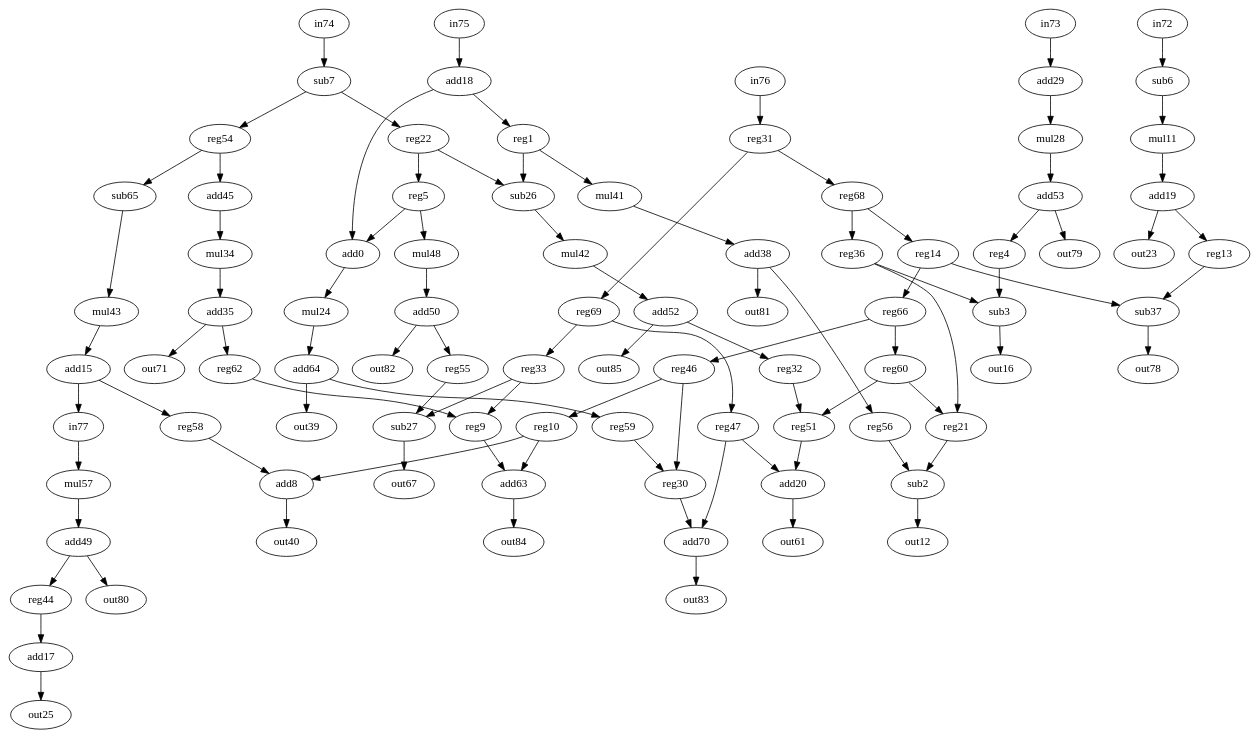
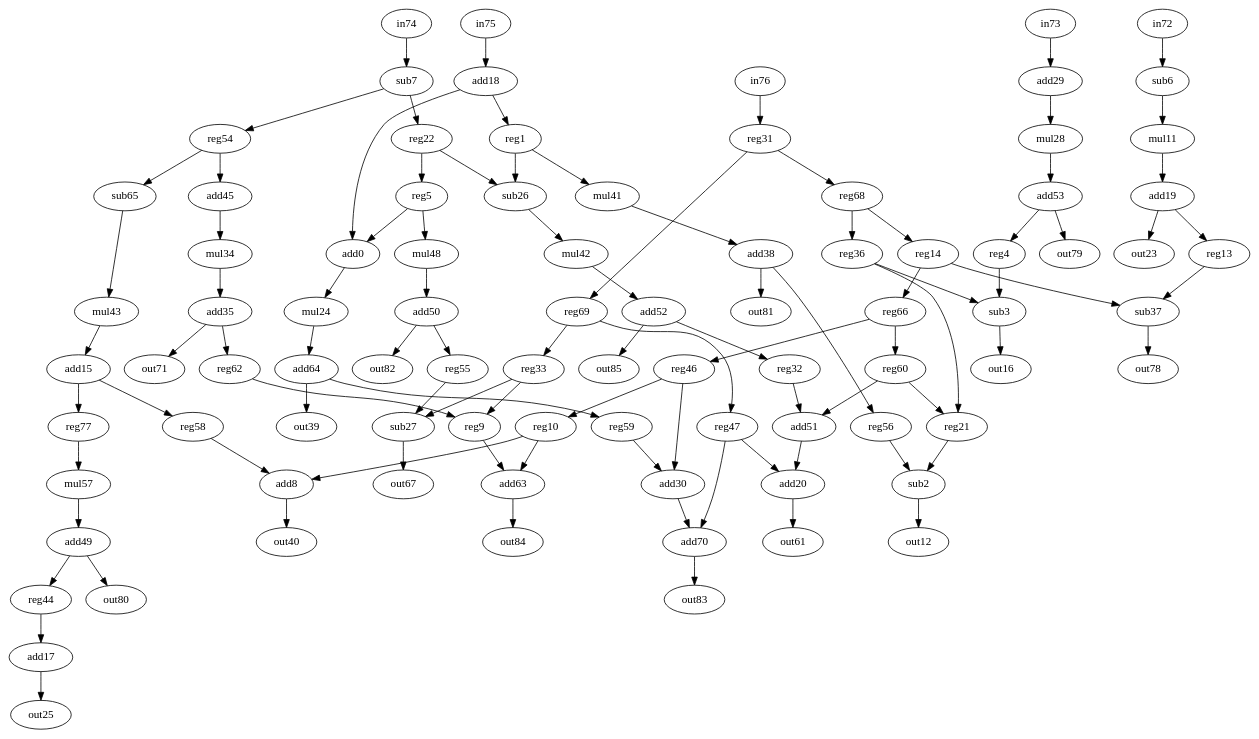
Before and after one commit to jeronimopenha/traversal_project: the diagram in bench/test_bench/sincrono/collapse_pyr.dot, drawn with Graphviz. The commit also changed 5 other files, not shown here.

```diff
--- a/bench/test_bench/sincrono/collapse_pyr.dot
+++ b/bench/test_bench/sincrono/collapse_pyr.dot
@@ -1,183 +1,183 @@
 digraph "collapse_pyr" {
 0 [label=add0, op=add];
 1 [label=reg1, op=reg];
 2 [label=sub2, op=sub];
 3 [label=sub3, op=sub];
 4 [label=reg4, op=reg];
 5 [label=reg5, op=reg];
 6 [label=sub6, op=subi, value=2];
 7 [label=sub7, op=subi, value=2];
 8 [label=add8, op=add];
 9 [label=reg9, op=reg];
 10 [label=reg10, op=reg];
 11 [label=mul11, op=muli, value=2];
 12 [label=out12, op=out];
 13 [label=reg13, op=reg];
 14 [label=reg14, op=reg];
 15 [label=add15, op=addi, value=2];
 16 [label=out16, op=out];
 17 [label=add17, op=addi, value=2];
 18 [label=add18, op=addi, value=2];
 19 [label=add19, op=addi, value=2];
 20 [label=add20, op=add];
 21 [label=reg21, op=reg];
 22 [label=reg22, op=reg];
 23 [label=out23, op=out];
 24 [label=mul24, op=muli, value=2];
 25 [label=out25, op=out];
 26 [label=sub26, op=sub];
 27 [label=sub27, op=sub];
 28 [label=mul28, op=muli, value=2];
 29 [label=add29, op=addi, value=2];
-30 [label=reg30, op=reg];
+30 [label=add30, op=add];
 31 [label=reg31, op=reg];
 32 [label=reg32, op=reg];
 33 [label=reg33, op=reg];
 34 [label=mul34, op=muli, value=2];
 35 [label=add35, op=addi, value=2];
 36 [label=reg36, op=reg];
 37 [label=sub37, op=sub];
 38 [label=add38, op=addi, value=2];
 39 [label=out39, op=out];
 40 [label=out40, op=out];
 41 [label=mul41, op=muli, value=2];
 42 [label=mul42, op=muli, value=2];
 43 [label=mul43, op=muli, value=2];
 44 [label=reg44, op=reg];
 45 [label=add45, op=addi, value=2];
 46 [label=reg46, op=reg];
 47 [label=reg47, op=reg];
 48 [label=mul48, op=muli, value=2];
 49 [label=add49, op=addi, value=2];
 50 [label=add50, op=addi, value=2];
-51 [label=reg51, op=reg];
+51 [label=add51, op=add];
 52 [label=add52, op=addi, value=2];
 53 [label=add53, op=addi, value=2];
 54 [label=reg54, op=reg];
 55 [label=reg55, op=reg];
 56 [label=reg56, op=reg];
 57 [label=mul57, op=muli, value=2];
 58 [label=reg58, op=reg];
 59 [label=reg59, op=reg];
 60 [label=reg60, op=reg];
 61 [label=out61, op=out];
 62 [label=reg62, op=reg];
 63 [label=add63, op=add];
 64 [label=add64, op=addi, value=2];
 65 [label=sub65, op=subi, value=2];
 66 [label=reg66, op=reg];
 67 [label=out67, op=out];
 68 [label=reg68, op=reg];
 69 [label=reg69, op=reg];
 70 [label=add70, op=add];
 71 [label=out71, op=out];
 72 [label=in72, op=in];
 73 [label=in73, op=in];
 74 [label=in74, op=in];
 75 [label=in75, op=in];
 76 [label=in76, op=in];
-77 [label=in77, op=in];
+77 [label=reg77, op=reg];
 78 [label=out78, op=out];
 79 [label=out79, op=out];
 80 [label=out80, op=out];
 81 [label=out81, op=out];
 82 [label=out82, op=out];
 83 [label=out83, op=out];
 84 [label=out84, op=out];
 85 [label=out85, op=out];
 0 -> 24  [port=0, w=0];
 1 -> 26  [port=0, w=0];
 1 -> 41  [port=0, w=0];
 2 -> 12  [port=0, w=0];
 3 -> 16  [port=0, w=0];
 4 -> 3  [port=0, w=0];
 5 -> 0  [port=0, w=0];
 5 -> 48  [port=0, w=0];
 6 -> 11  [port=0, w=0];
 7 -> 22  [port=0, w=0];
 7 -> 54  [port=0, w=0];
 8 -> 40  [port=0, w=0];
 9 -> 63  [port=0, w=0];
 10 -> 8  [port=0, w=0];
 10 -> 63  [port=1, w=0];
 11 -> 19  [port=0, w=0];
 13 -> 37  [port=0, w=0];
 14 -> 37  [port=1, w=0];
 14 -> 66  [port=0, w=0];
 15 -> 77  [port=0, w=0];
 15 -> 58  [port=0, w=0];
 17 -> 25  [port=0, w=0];
 18 -> 0  [port=1, w=0];
 18 -> 1  [port=0, w=0];
 19 -> 13  [port=0, w=0];
 19 -> 23  [port=0, w=0];
 20 -> 61  [port=0, w=0];
 21 -> 2  [port=0, w=0];
 22 -> 5  [port=0, w=0];
 22 -> 26  [port=1, w=0];
 24 -> 64  [port=0, w=0];
 26 -> 42  [port=0, w=0];
 27 -> 67  [port=0, w=0];
 28 -> 53  [port=0, w=0];
 29 -> 28  [port=0, w=0];
 30 -> 70  [port=0, w=0];
 31 -> 68  [port=0, w=0];
 31 -> 69  [port=0, w=0];
 32 -> 51  [port=0, w=0];
 33 -> 9  [port=0, w=0];
 33 -> 27  [port=0, w=0];
 34 -> 35  [port=0, w=0];
 35 -> 62  [port=0, w=0];
 35 -> 71  [port=0, w=0];
 36 -> 3  [port=1, w=0];
 36 -> 21  [port=0, w=0];
 37 -> 78  [port=0, w=0];
 38 -> 81  [port=0, w=0];
 38 -> 56  [port=0, w=0];
 41 -> 38  [port=0, w=0];
 42 -> 52  [port=0, w=0];
 43 -> 15  [port=0, w=0];
 44 -> 17  [port=0, w=0];
 45 -> 34  [port=0, w=0];
 46 -> 10  [port=0, w=0];
 46 -> 30  [port=0, w=0];
 47 -> 20  [port=0, w=0];
 47 -> 70  [port=1, w=0];
 48 -> 50  [port=0, w=0];
 49 -> 80  [port=0, w=0];
 49 -> 44  [port=0, w=0];
 50 -> 55  [port=0, w=0];
 50 -> 82  [port=0, w=0];
 51 -> 20  [port=1, w=0];
 52 -> 32  [port=0, w=0];
 52 -> 85  [port=0, w=0];
 53 -> 4  [port=0, w=0];
 53 -> 79  [port=0, w=0];
 54 -> 45  [port=0, w=0];
 54 -> 65  [port=0, w=0];
 55 -> 27  [port=1, w=0];
 56 -> 2  [port=1, w=0];
 57 -> 49  [port=0, w=0];
 58 -> 8  [port=1, w=0];
 59 -> 30  [port=1, w=0];
 60 -> 21  [port=1, w=0];
 60 -> 51  [port=1, w=0];
 62 -> 9  [port=1, w=0];
 63 -> 84  [port=0, w=0];
 64 -> 39  [port=0, w=0];
 64 -> 59  [port=0, w=0];
 65 -> 43  [port=0, w=0];
 66 -> 46  [port=0, w=0];
 66 -> 60  [port=0, w=0];
 68 -> 14  [port=0, w=0];
 68 -> 36  [port=0, w=0];
 69 -> 33  [port=0, w=0];
 69 -> 47  [port=0, w=0];
 70 -> 83  [port=0, w=0];
 72 -> 6  [port=0, w=0];
 73 -> 29  [port=0, w=0];
 74 -> 7  [port=0, w=0];
 75 -> 18  [port=0, w=0];
 76 -> 31  [port=0, w=0];
 77 -> 57  [port=0, w=0];
 }
```
